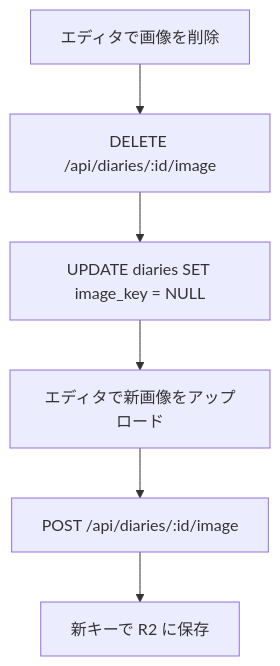
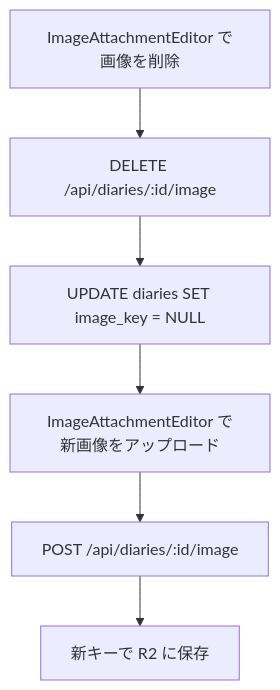
One commit to shimabox/400-diary changed the third of 4 diagrams in docs/architecture/image-upload.md. Above: the diagram before and after it, drawn with Mermaid. The commit also changed other lines of this file and 12 other files, not shown here.

````diff
--- a/docs/architecture/image-upload.md
+++ b/docs/architecture/image-upload.md
@@ -81,8 +81,8 @@
 ```mermaid
 flowchart TD
-    A[エディタで画像を削除] --> B["DELETE /api/diaries/:id/image"]
+    A[ImageAttachmentEditor で画像を削除] --> B["DELETE /api/diaries/:id/image"]
     B --> C["UPDATE diaries SET image_key = NULL"]
-    C --> D[エディタで新画像をアップロード]
+    C --> D[ImageAttachmentEditor で新画像をアップロード]
     D --> E["POST /api/diaries/:id/image"]
     E --> F[新キーで R2 に保存]
 ```
````
